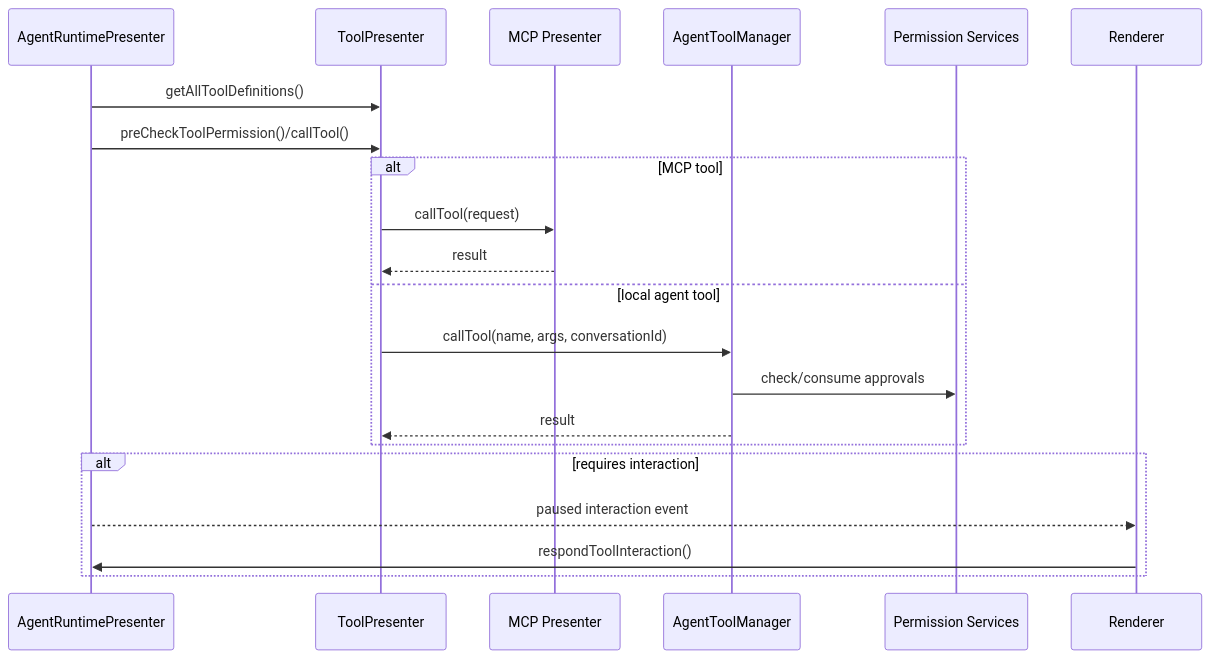
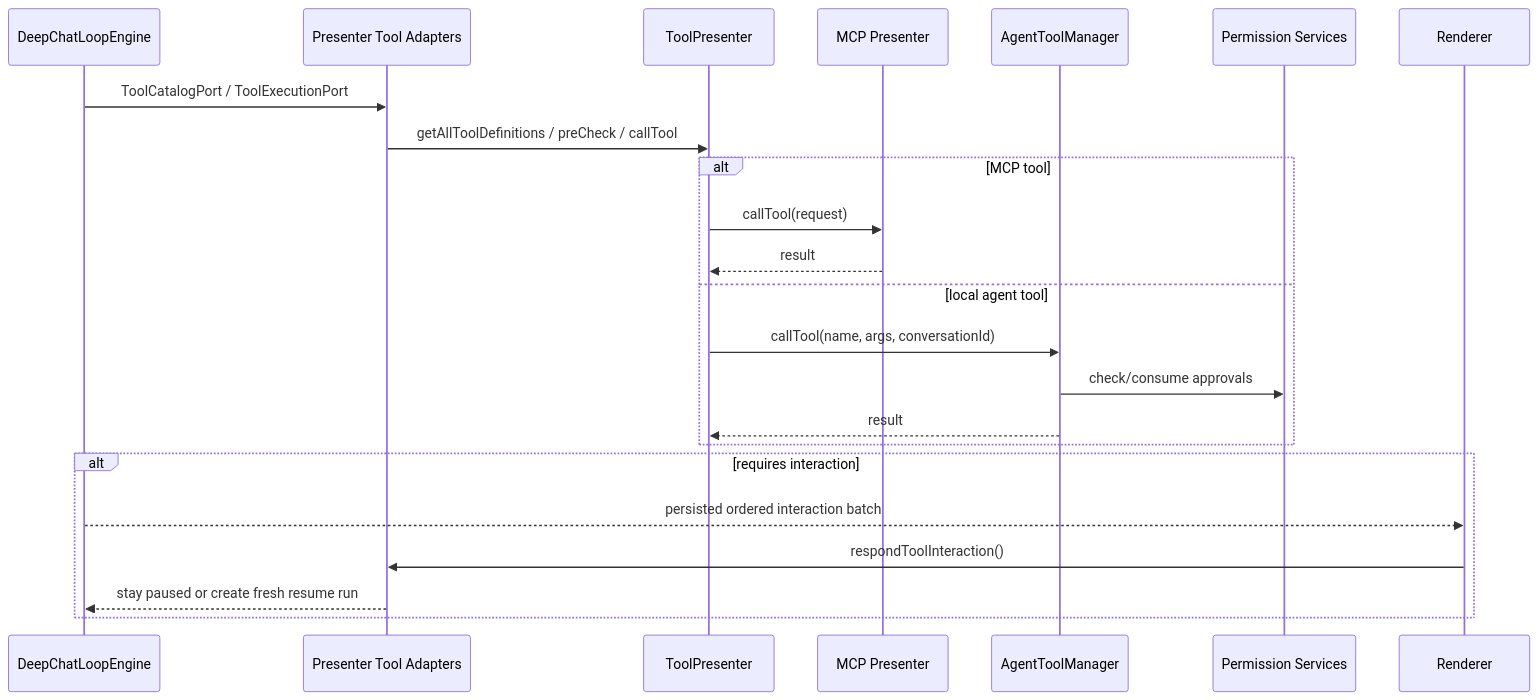
The third of 9 diagrams in docs/FLOWS.md (zerob13/deepchat), drawn with Mermaid before and after one commit. The commit also changed other lines of this file and 468 other files, not shown here.

First line of the commit message:
refactor(agent): complete layered runtime migration (#1952)

````diff
--- a/docs/FLOWS.md
+++ b/docs/FLOWS.md
@@ -66,26 +87,28 @@
 ```mermaid
 sequenceDiagram
-    participant D as AgentRuntimePresenter
+    participant L as DeepChatLoopEngine
+    participant PA as Presenter Tool Adapters
     participant T as ToolPresenter
     participant M as MCP Presenter
-    participant A as AgentToolManager
+    participant AT as AgentToolManager
     participant P as Permission Services
     participant R as Renderer
 
-    D->>T: getAllToolDefinitions()
-    D->>T: preCheckToolPermission()/callTool()
+    L->>PA: ToolCatalogPort / ToolExecutionPort
+    PA->>T: getAllToolDefinitions / preCheck / callTool
 
     alt MCP tool
         T->>M: callTool(request)
         M-->>T: result
     else local agent tool
-        T->>A: callTool(name, args, conversationId)
-        A->>P: check/consume approvals
-        A-->>T: result
+        T->>AT: callTool(name, args, conversationId)
+        AT->>P: check/consume approvals
+        AT-->>T: result
     end
 
     alt requires interaction
-        D-->>R: paused interaction event
-        R->>D: respondToolInteraction()
+        L-->>R: persisted ordered interaction batch
+        R->>PA: respondToolInteraction()
+        PA-->>L: stay paused or create fresh resume run
     end
 ```
````
